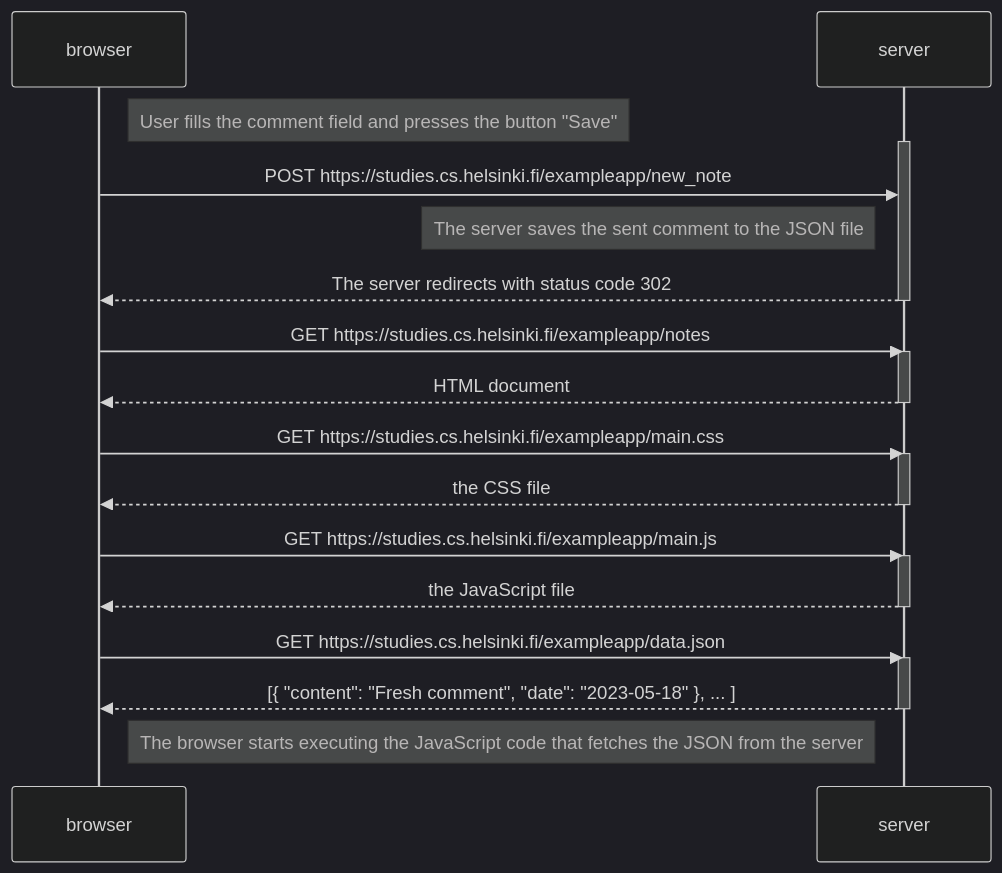
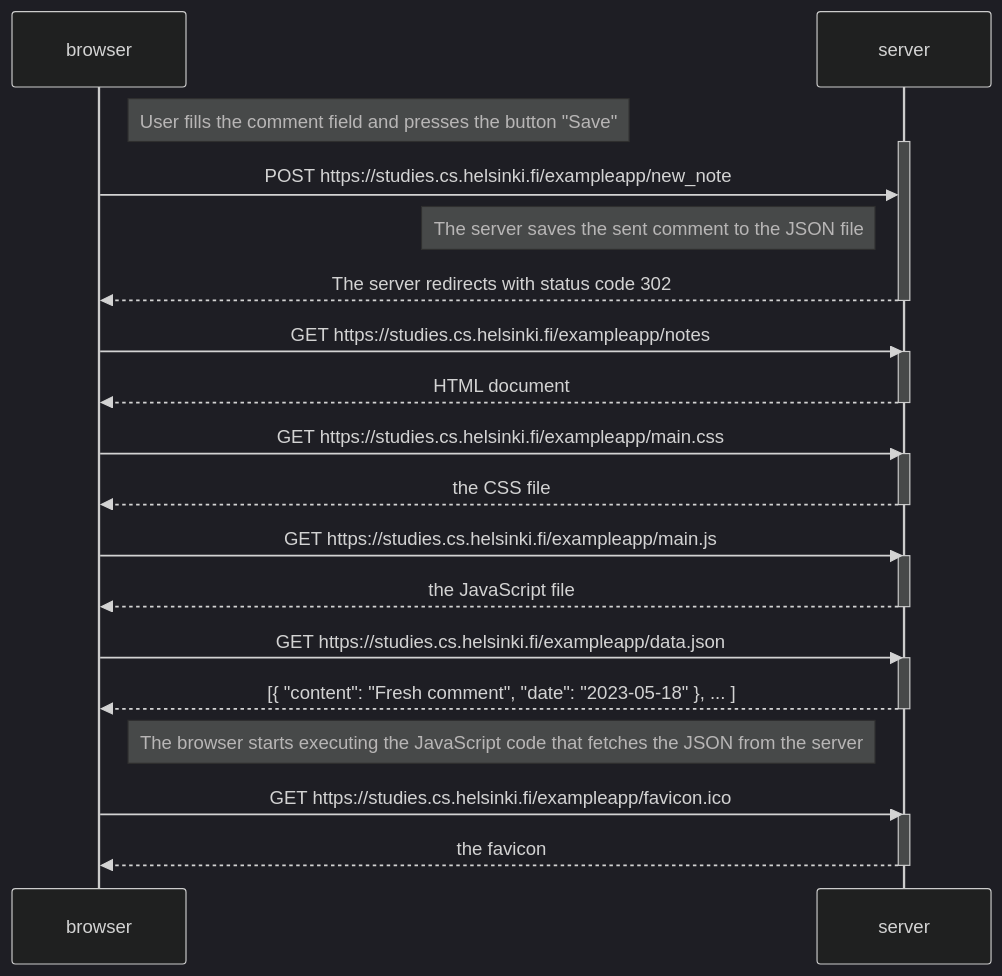
The first of 3 diagrams in osa0/README.md (jhlae/fso-2023), drawn with Mermaid (dark theme) before and after one commit. The commit also changed other lines of this file, not shown here.

Commit message:
changes to diagrams

````diff
--- a/osa0/README.md
+++ b/osa0/README.md
@@ -5,36 +5,41 @@
 ```mermaid
 sequenceDiagram
     participant browser
     participant server
 
     Note right of browser: User fills the comment field and presses the button "Save"
     activate server
 
     browser->>server: POST https://studies.cs.helsinki.fi/exampleapp/new_note
         Note left of server: The server saves the sent comment to the JSON file
     server-->>browser: The server redirects with status code 302
     deactivate server
 
     browser->>server: GET https://studies.cs.helsinki.fi/exampleapp/notes
     activate server
     server-->>browser: HTML document
     deactivate server
 
     browser->>server: GET https://studies.cs.helsinki.fi/exampleapp/main.css
     activate server
     server-->>browser: the CSS file
     deactivate server
 
     browser->>server: GET https://studies.cs.helsinki.fi/exampleapp/main.js
     activate server
     server-->>browser: the JavaScript file
     deactivate server
 
     browser->>server: GET https://studies.cs.helsinki.fi/exampleapp/data.json
     activate server
     server-->>browser: [{ "content": "Fresh comment", "date": "2023-05-18" }, ... ]
     deactivate server
 
+    Note right of browser: The browser starts executing the JavaScript code that fetches the JSON from the server
 
-    Note right of browser: The browser starts executing the JavaScript code that fetches the JSON from the server
+    browser->>server: GET https://studies.cs.helsinki.fi/exampleapp/favicon.ico
+    activate server
+    server-->>browser: the favicon
+    deactivate server
+
 ```
````
